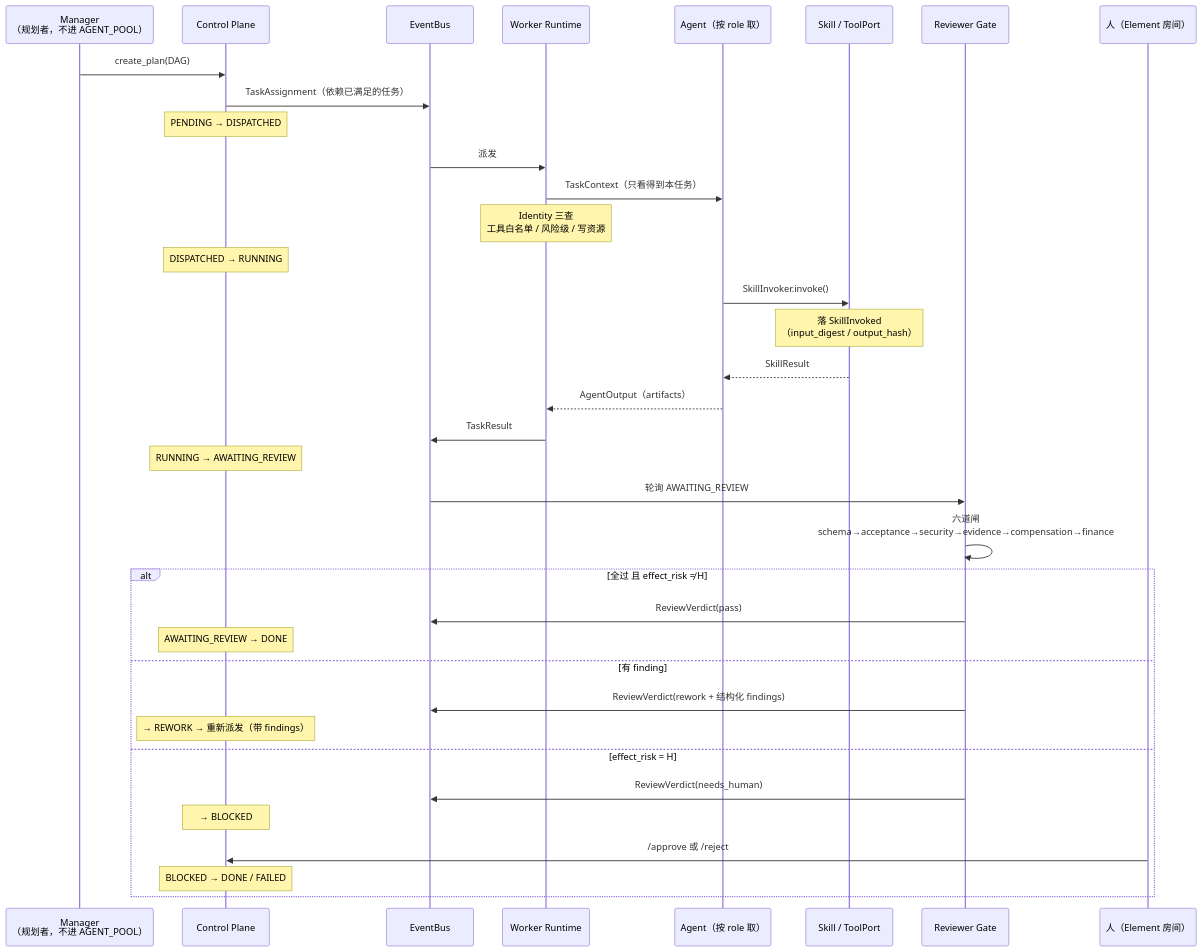
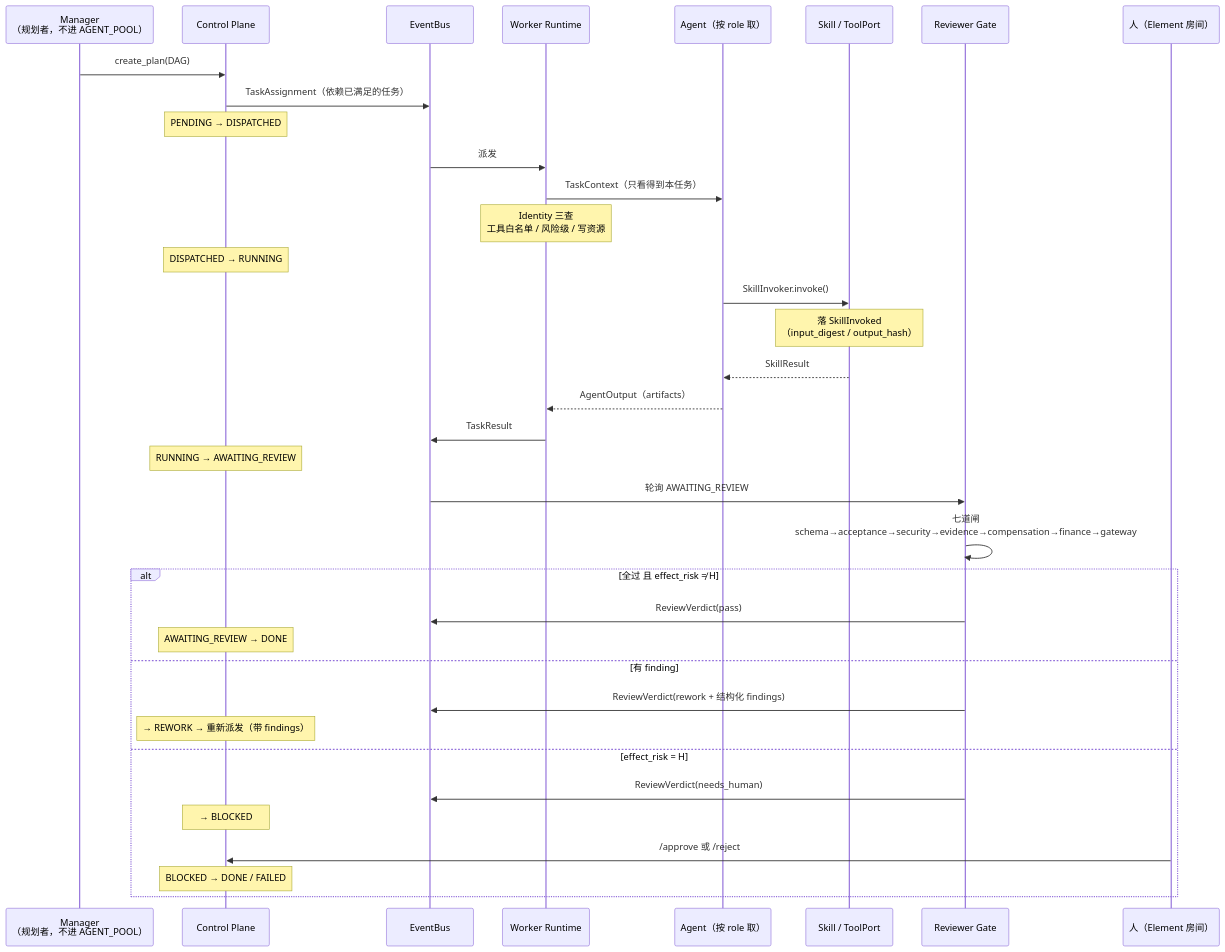
The second of 4 diagrams in docs/architecture.md (TomwaltW/maos-runtime), drawn with Mermaid before and after one commit. The commit also changed other lines of this file and 8 other files, not shown here.

````diff
--- a/docs/architecture.md
+++ b/docs/architecture.md
@@ -66,39 +67,39 @@
 ```mermaid
 sequenceDiagram
   participant M as Manager<br/>（规划者，不进 AGENT_POOL）
   participant CP as Control Plane
   participant B as EventBus
   participant W as Worker Runtime
   participant A as Agent（按 role 取）
   participant S as Skill / ToolPort
   participant G as Reviewer Gate
   participant H as 人（Element 房间）
 
   M->>CP: create_plan(DAG)
   CP->>B: TaskAssignment（依赖已满足的任务）
   Note over CP: PENDING → DISPATCHED
   B->>W: 派发
   W->>A: TaskContext（只看得到本任务）
   Note over W: Identity 三查<br/>工具白名单 / 风险级 / 写资源
   Note over CP: DISPATCHED → RUNNING
   A->>S: SkillInvoker.invoke()
   Note over S: 落 SkillInvoked<br/>（input_digest / output_hash）
   S-->>A: SkillResult
   A-->>W: AgentOutput（artifacts）
   W->>B: TaskResult
   Note over CP: RUNNING → AWAITING_REVIEW
   B->>G: 轮询 AWAITING_REVIEW
-  G->>G: 六道闸<br/>schema→acceptance→security→evidence→compensation→finance
+  G->>G: 七道闸<br/>schema→acceptance→security→evidence→compensation→finance→gateway
   alt 全过 且 effect_risk ≠ H
     G->>B: ReviewVerdict(pass)
     Note over CP: AWAITING_REVIEW → DONE
   else 有 finding
     G->>B: ReviewVerdict(rework + 结构化 findings)
     Note over CP: → REWORK → 重新派发（带 findings）
   else effect_risk = H
     G->>B: ReviewVerdict(needs_human)
     Note over CP: → BLOCKED
     H->>CP: /approve 或 /reject
     Note over CP: BLOCKED → DONE / FAILED
   end
 ```
````
